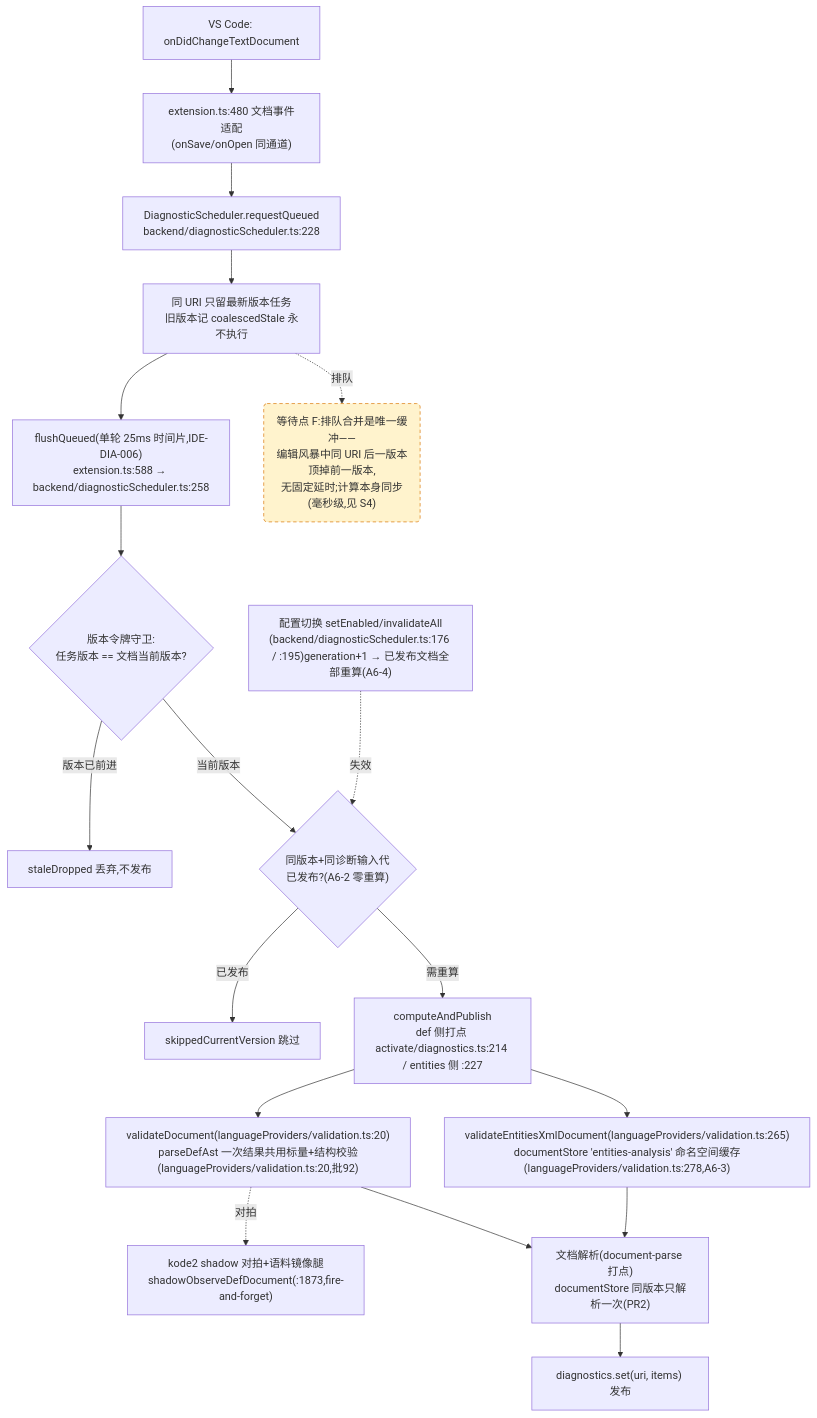
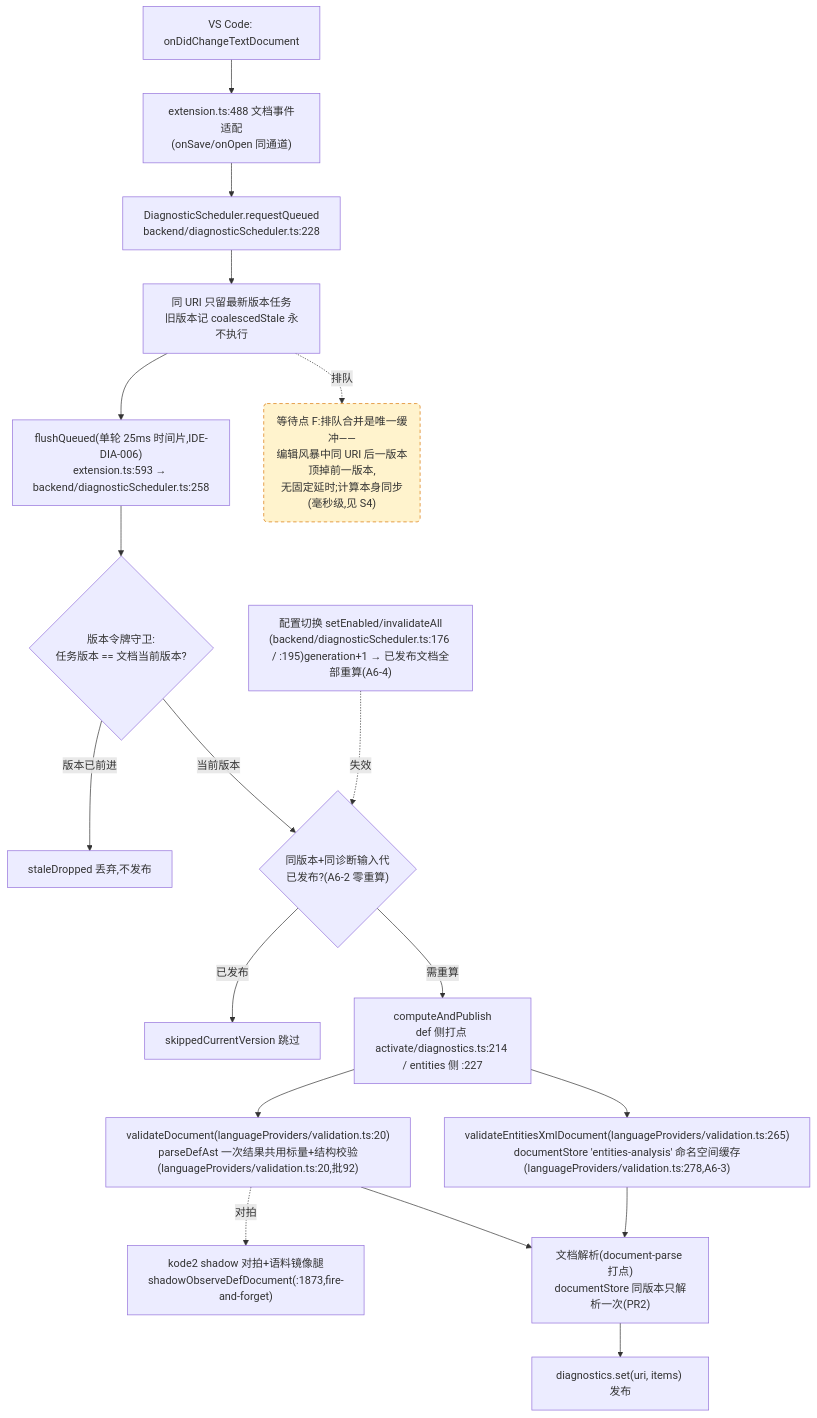
Before and after one commit to cuihairu/kode: the fourth of 4 diagrams in docs/perf/2026-baseline.md, drawn with Mermaid. The commit also changed other lines of this file and 6 other files, not shown here.

````diff
--- a/docs/perf/2026-baseline.md
+++ b/docs/perf/2026-baseline.md
@@ -232,38 +232,38 @@
 ```mermaid
 flowchart TD
   CHG["VS Code: onDidChangeTextDocument"]
-  WATCH["extension.ts:480 文档事件适配<br/>(onSave/onOpen 同通道)"]
+  WATCH["extension.ts:488 文档事件适配<br/>(onSave/onOpen 同通道)"]
   RQ["DiagnosticScheduler.requestQueued<br/>backend/diagnosticScheduler.ts:228"]
   CO["同 URI 只留最新版本任务<br/>旧版本记 coalescedStale 永不执行"]
-  FL["flushQueued(单轮 25ms 时间片,IDE-DIA-006)<br/>extension.ts:588 → backend/diagnosticScheduler.ts:258"]
+  FL["flushQueued(单轮 25ms 时间片,IDE-DIA-006)<br/>extension.ts:593 → backend/diagnosticScheduler.ts:258"]
   VG{"版本令牌守卫:<br/>任务版本 == 文档当前版本?"}
   DROP["staleDropped 丢弃,不发布"]
   GEN{"同版本+同诊断输入代<br/>已发布?(A6-2 零重算)"}
   SKIP["skippedCurrentVersion 跳过"]
   CALC["computeAndPublish<br/>def 侧打点 activate/diagnostics.ts:214 / entities 侧 :227"]
   VD["validateDocument(languageProviders/validation.ts:20)<br/>parseDefAst 一次结果共用标量+结构校验(languageProviders/validation.ts:20,批92)"]
   VEX["validateEntitiesXmlDocument(languageProviders/validation.ts:265)<br/>documentStore 'entities-analysis' 命名空间缓存(languageProviders/validation.ts:278,A6-3)"]
   SHDD["kode2 shadow 对拍+语料镜像腿<br/>shadowObserveDefDocument(:1873,fire-and-forget)"]
   DS["文档解析(document-parse 打点)<br/>documentStore 同版本只解析一次(PR2)"]
   PUB["diagnostics.set(uri, items) 发布"]
   CFG2["配置切换 setEnabled/invalidateAll<br/>(backend/diagnosticScheduler.ts:176 / :195)generation+1 → 已发布文档全部重算(A6-4)"]
 
   CHG --> WATCH --> RQ --> CO --> FL --> VG
   VG -- "版本已前进" --> DROP
   VG -- "当前版本" --> GEN
   GEN -- "已发布" --> SKIP
   GEN -- "需重算" --> CALC
   CALC --> VD
   CALC --> VEX
   VD --> DS
   VEX --> DS
   DS --> PUB
   VD -.->|对拍| SHDD
   CFG2 -.->|失效| GEN
 
   WAITF("等待点 F:排队合并是唯一缓冲——<br/>编辑风暴中同 URI 后一版本顶掉前一版本,<br/>无固定延时;计算本身同步(毫秒级,见 S4)")
   CO -.->|排队| WAITF
 
   classDef waitPoint fill:#fff3cd,stroke:#d97706,stroke-dasharray:5 4;
   class WAITF waitPoint;
 ```
````
